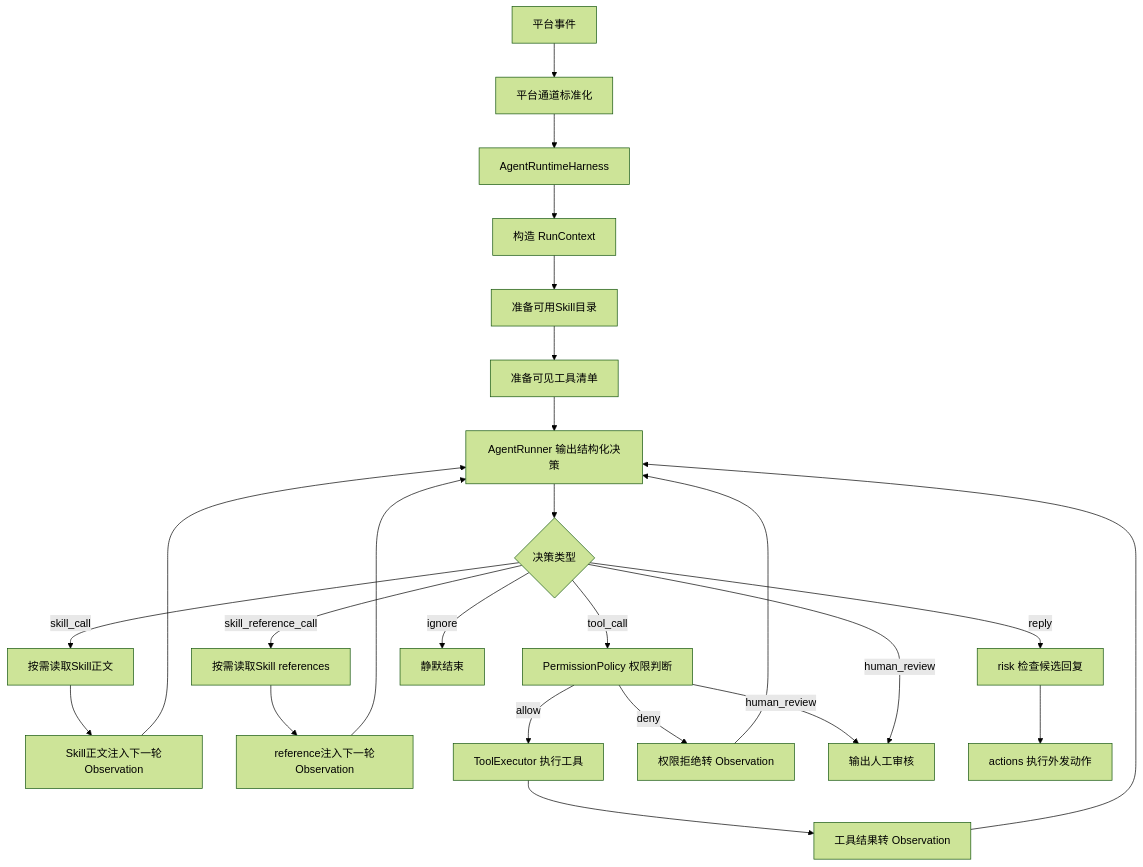
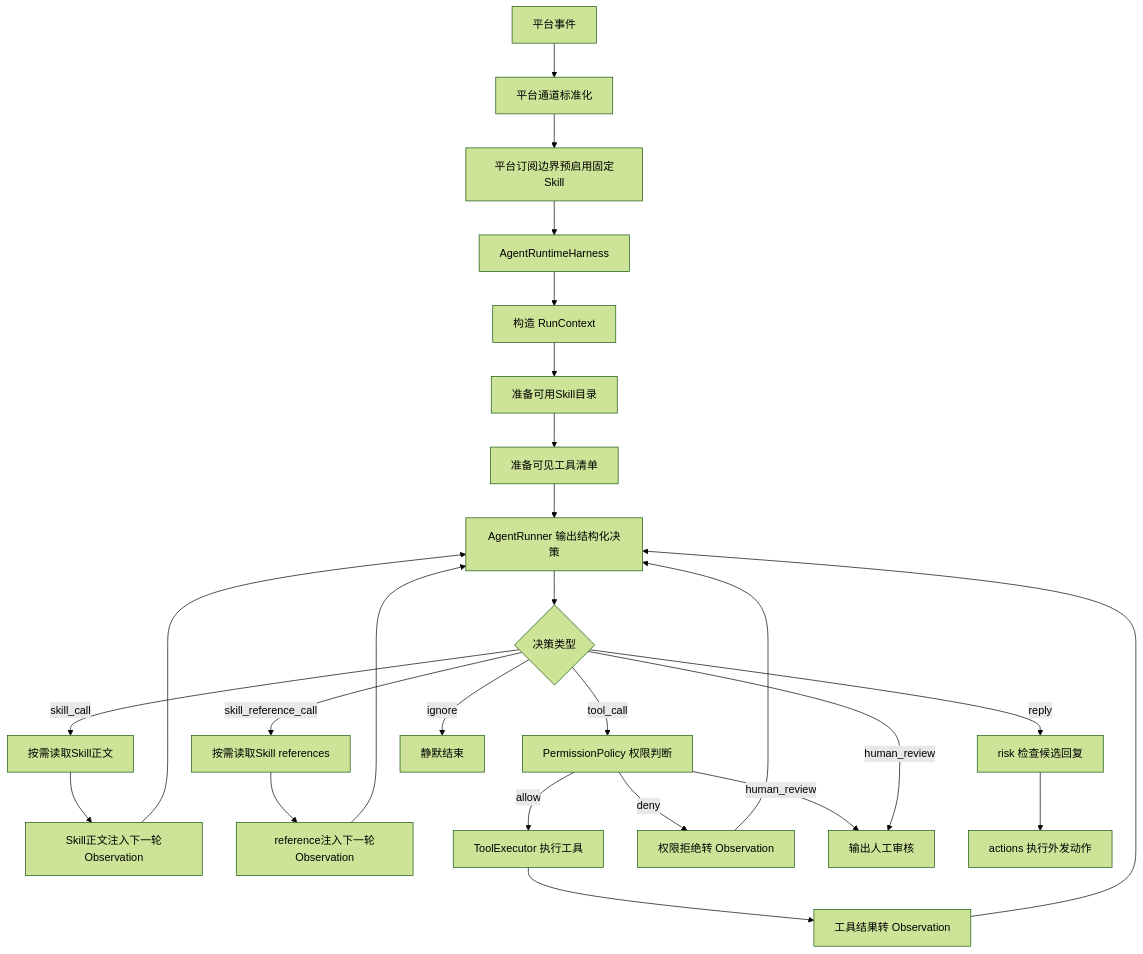
One commit to Yemomo511/ye-kitty changed the diagram in design-docs/Agent/agent-runtime-harness.md. Above: the diagram before and after it, drawn with Mermaid (forest theme). The commit also changed other lines of this file and 13 other files, not shown here.

````diff
--- a/design-docs/Agent/agent-runtime-harness.md
+++ b/design-docs/Agent/agent-runtime-harness.md
@@ -35,27 +35,28 @@
 ```mermaid
 flowchart TD
   PlatformEvent["平台事件"] --> PlatformChannel["平台通道标准化"]
-  PlatformChannel --> Harness["AgentRuntimeHarness"]
+  PlatformChannel --> PlatformSkill["平台订阅边界预启用固定Skill"]
+  PlatformSkill --> Harness["AgentRuntimeHarness"]
   Harness --> Context["构造 RunContext"]
   Context --> SkillCatalog["准备可用Skill目录"]
   SkillCatalog --> ToolRegistry["准备可见工具清单"]
   ToolRegistry --> Runner["AgentRunner 输出结构化决策"]
   Runner --> Decision{"决策类型"}
   Decision -->|skill_call| SkillLoad["按需读取Skill正文"]
   SkillLoad --> SkillObservation["Skill正文注入下一轮Observation"]
   SkillObservation --> Runner
   Decision -->|skill_reference_call| RefLoad["按需读取Skill references"]
   RefLoad --> RefObservation["reference注入下一轮Observation"]
   RefObservation --> Runner
   Decision -->|tool_call| Permission["PermissionPolicy 权限判断"]
   Permission -->|allow| ToolExecutor["ToolExecutor 执行工具"]
   ToolExecutor --> Observation["工具结果转 Observation"]
   Observation --> Runner
   Permission -->|deny| DenyObservation["权限拒绝转 Observation"]
   DenyObservation --> Runner
   Permission -->|human_review| HumanReview["输出人工审核"]
   Decision -->|reply| Risk["risk 检查候选回复"]
   Decision -->|ignore| FinalIgnore["静默结束"]
   Decision -->|human_review| HumanReview
   Risk --> Actions["actions 执行外发动作"]
 ```
````
